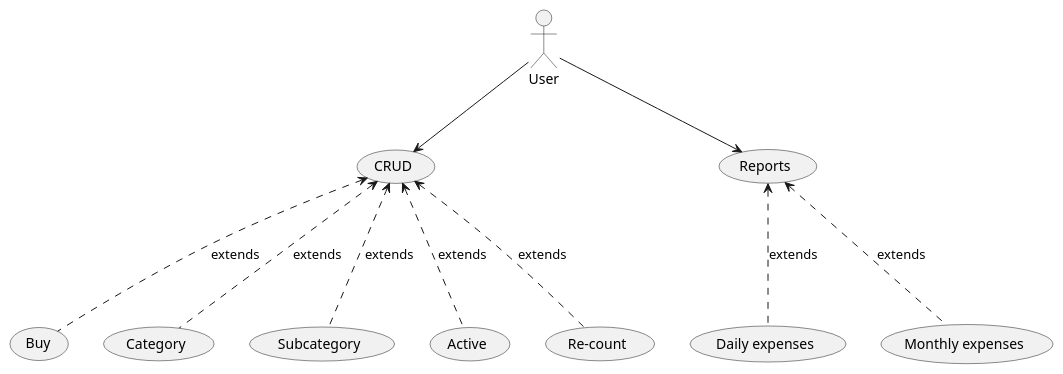
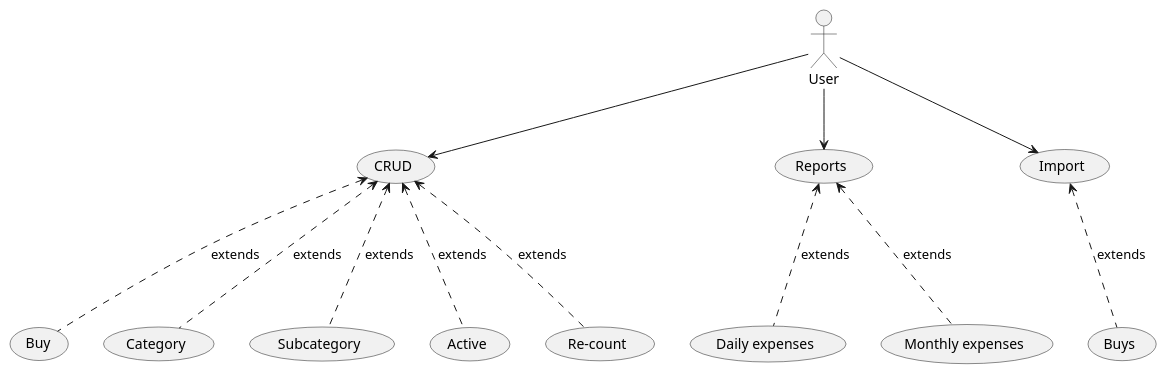
The diagram in docs/aim/usecase.puml (undiscoveredWorld/finance_plan), drawn with PlantUML before and after one commit. The commit also changed 14 other files, not shown here.

```diff
--- a/docs/aim/usecase.puml
+++ b/docs/aim/usecase.puml
@@ -1,16 +1,19 @@
 @startuml
 
 actor User
 
 User -down-> (CRUD)
 (CRUD) <.-down- (Buy) : extends
 (CRUD) <.-down- (Category) : extends
 (CRUD) <.-down- (Subcategory) : extends
 (CRUD) <.-down- (Active) : extends
 (CRUD) <.-down- (Re-count) : extends
 
 User -down-> (Reports)
 (Reports) <.-down- (Daily expenses) : extends
 (Reports) <.-down- (Monthly expenses) : extends
 
+User -down-> (Import)
+(Import) <.-down- (Buys) : extends
+
 @enduml
```
